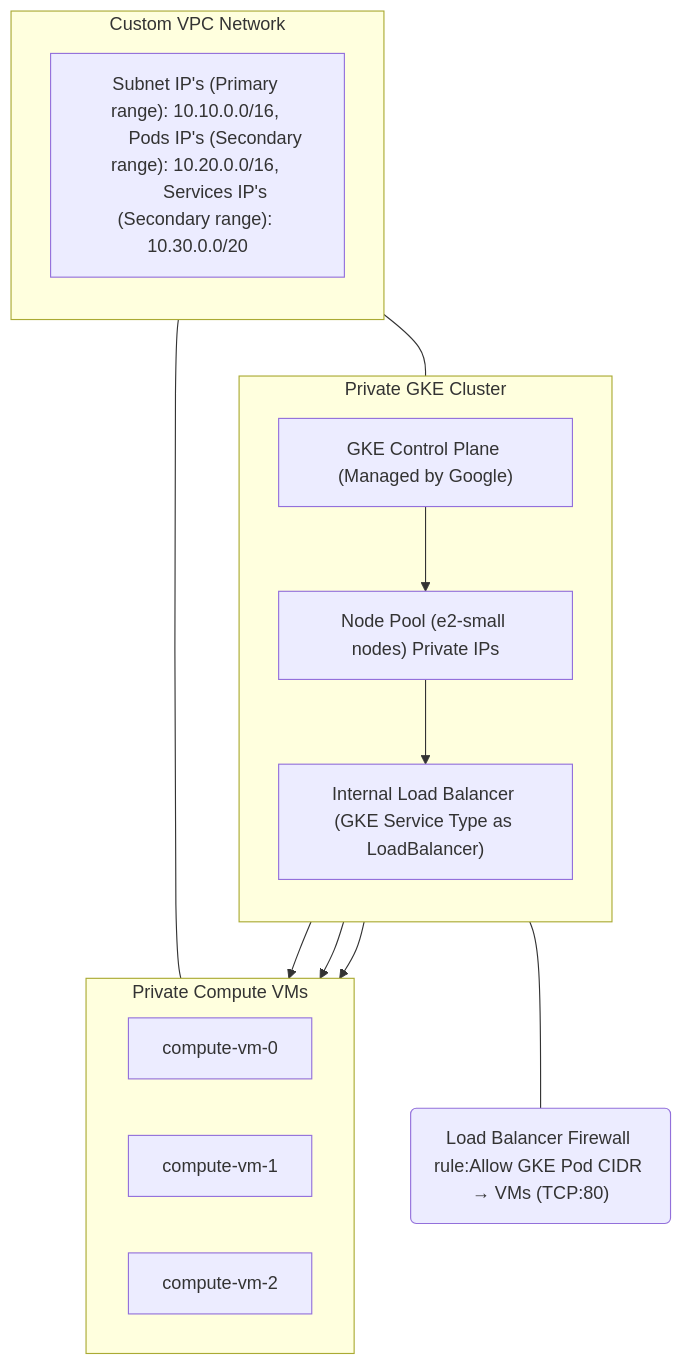
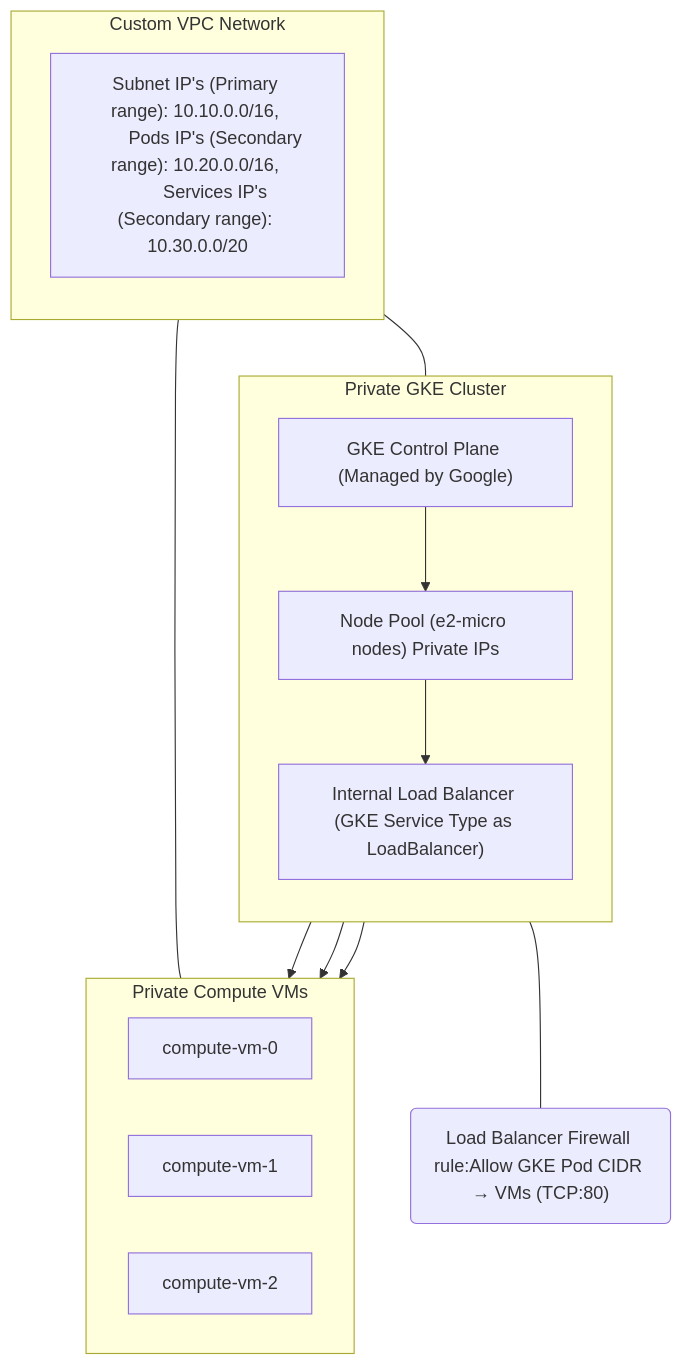
The diagram in terraform/loadbalance-vms/readme.md (priyakrishnan-de/data-eng), drawn with Mermaid before and after one commit. The commit also changed other lines of this file and 2 other files, not shown here.

````diff
--- a/terraform/loadbalance-vms/readme.md
+++ b/terraform/loadbalance-vms/readme.md
@@ -3,42 +3,42 @@
 ```mermaid
 flowchart TB
 
     %% === VPC & Subnet ===
     subgraph VPC["Custom VPC Network"]
         direction TB
         Subnet["Subnet IP's (Primary range): 10.10.0.0/16, 
         Pods IP's (Secondary range): 10.20.0.0/16, 
         Services IP's (Secondary range): 10.30.0.0/20"]
     end
 
     %% === GKE Cluster ===
     subgraph GKE["Private GKE Cluster"]
         direction TB
         ControlPlane["GKE Control Plane (Managed by Google)"]
-        NodePool["Node Pool (e2-small nodes) Private IPs"]
+        NodePool["Node Pool (e2-micro nodes) Private IPs"]
         ILB["Internal Load Balancer (GKE Service Type as LoadBalancer)"]
 
         ControlPlane --> NodePool
         NodePool --> ILB
     end
 
     %% === Backend VMs ===
     subgraph Backend["Private Compute VMs"]
         direction LR
         VM0["compute-vm-0"]
         VM1["compute-vm-1"]
         VM2["compute-vm-2"]
     end
 
     %% Relationships
     VPC --- GKE
     VPC --- Backend
 
     %% Firewall rules annotation
     ILB --- Note1("Load Balancer Firewall rule:Allow GKE Pod CIDR → VMs (TCP:80)")
 
     %% ILB to VMs traffic flow
     ILB --> VM0
     ILB --> VM1
     ILB --> VM2
 ```
````
